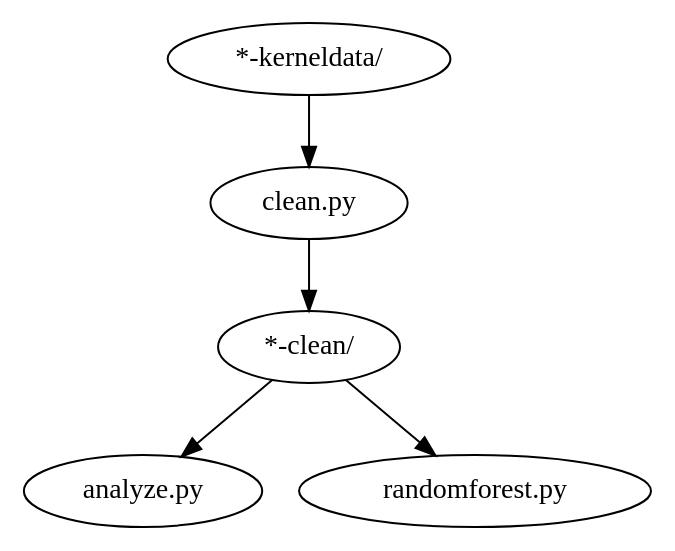
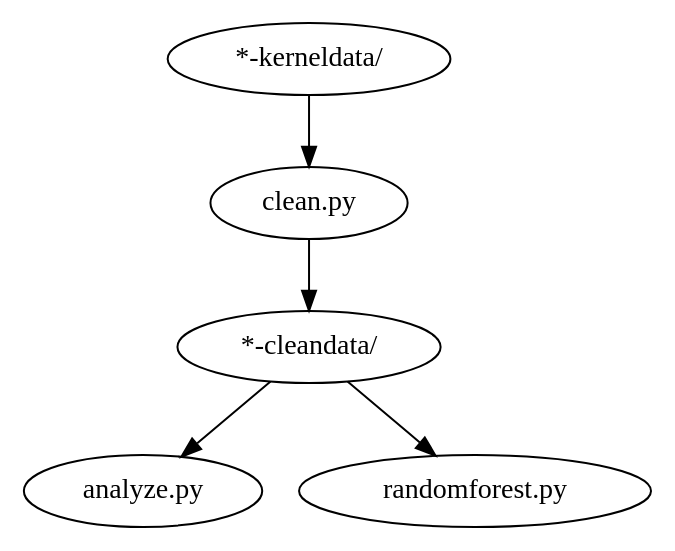
The diagram in BinarySearch/machine-learning/project.gv (russellmatt66/GPU-samples), drawn with Graphviz before and after one commit. The commit also changed 1 other file, not shown here.

Commit message:
building out skeleton of clean.py

```diff
--- a/BinarySearch/machine-learning/project.gv
+++ b/BinarySearch/machine-learning/project.gv
@@ -1,6 +1,6 @@
 digraph RandomForest {
     "*-kerneldata/" -> "clean.py";
-    "clean.py" -> "*-clean/";
-    "*-clean/" -> "analyze.py";
-    "*-clean/" -> "randomforest.py"
+    "clean.py" -> "*-cleandata/";
+    "*-cleandata/" -> "analyze.py";
+    "*-cleandata/" -> "randomforest.py"
 }
```
